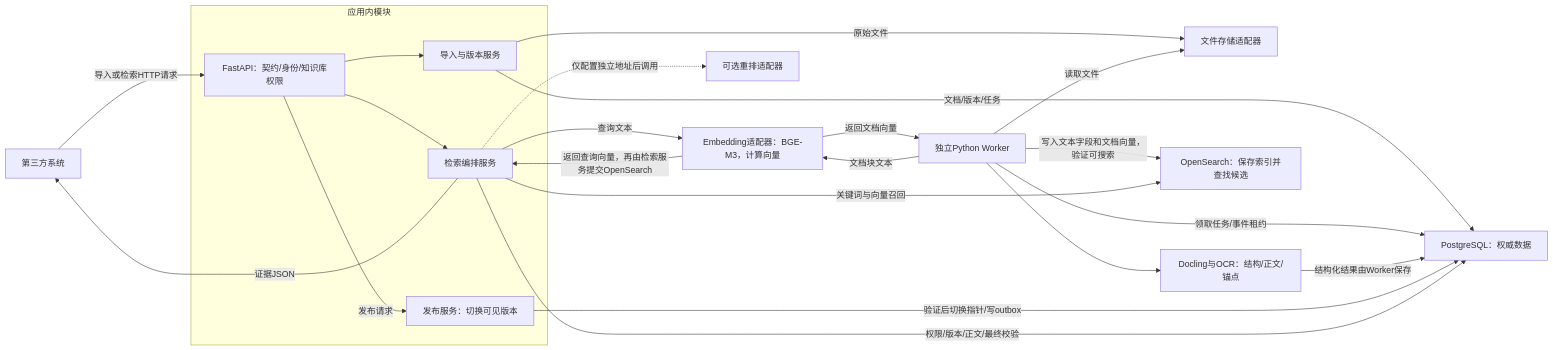
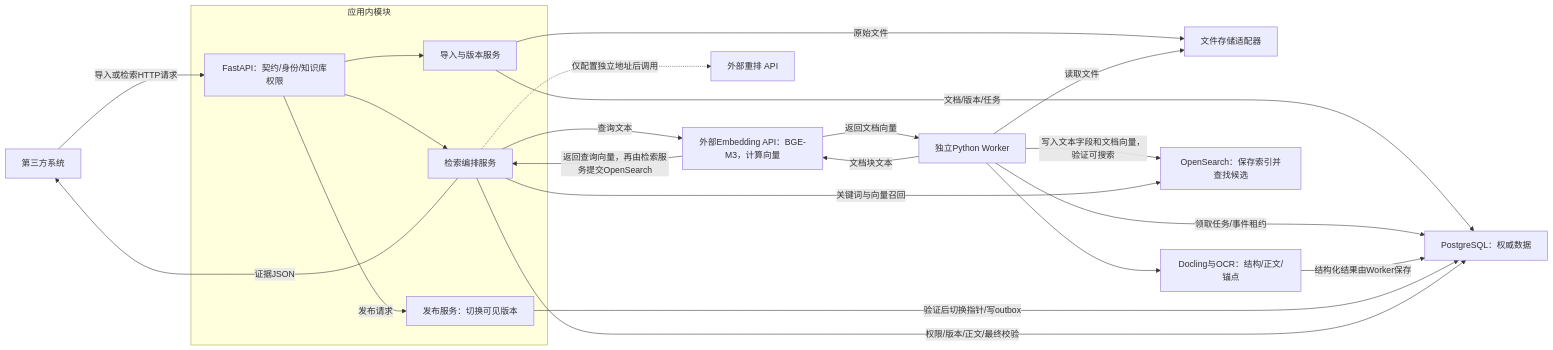
The second of 6 diagrams in docs/SYSTEM_DESIGN.md (ttonghao-thao/CueKB), drawn with Mermaid before and after one commit. The commit also changed other lines of this file and 18 other files, not shown here.

````diff
--- a/docs/SYSTEM_DESIGN.md
+++ b/docs/SYSTEM_DESIGN.md
@@ -77,26 +77,26 @@
 ```mermaid
 flowchart LR
     C["第三方系统"] -->|导入或检索HTTP请求| API["FastAPI：契约/身份/知识库权限"]
     subgraph APP["应用内模块"]
         API --> ING["导入与版本服务"]
         API --> RET["检索编排服务"]
         PUB["发布服务：切换可见版本"]
     end
     ING -->|原始文件| FILE["文件存储适配器"]
     ING -->|文档/版本/任务| PG["PostgreSQL：权威数据"]
     W["独立Python Worker"] -->|领取任务/事件租约| PG
     W -->|读取文件| FILE
     W --> PARSE["Docling与OCR：结构/正文/锚点"]
     PARSE -->|结构化结果由Worker保存| PG
-    W -->|文档块文本| EMB["Embedding适配器：BGE-M3，计算向量"]
+    W -->|文档块文本| EMB["外部Embedding API：BGE-M3，计算向量"]
     EMB -->|返回文档向量| W
     W -->|写入文本字段和文档向量，验证可搜索| OS["OpenSearch：保存索引并查找候选"]
     API -->|发布请求| PUB
     PUB -->|验证后切换指针/写outbox| PG
     RET -->|权限/版本/正文/最终校验| PG
     RET -->|关键词与向量召回| OS
     RET -->|查询文本| EMB
     EMB -->|返回查询向量，再由检索服务提交OpenSearch| RET
-    RET -.->|仅配置独立地址后调用| RANK["可选重排适配器"]
+    RET -.->|仅配置独立地址后调用| RANK["外部重排 API"]
     RET -->|证据JSON| C
 ```
````
